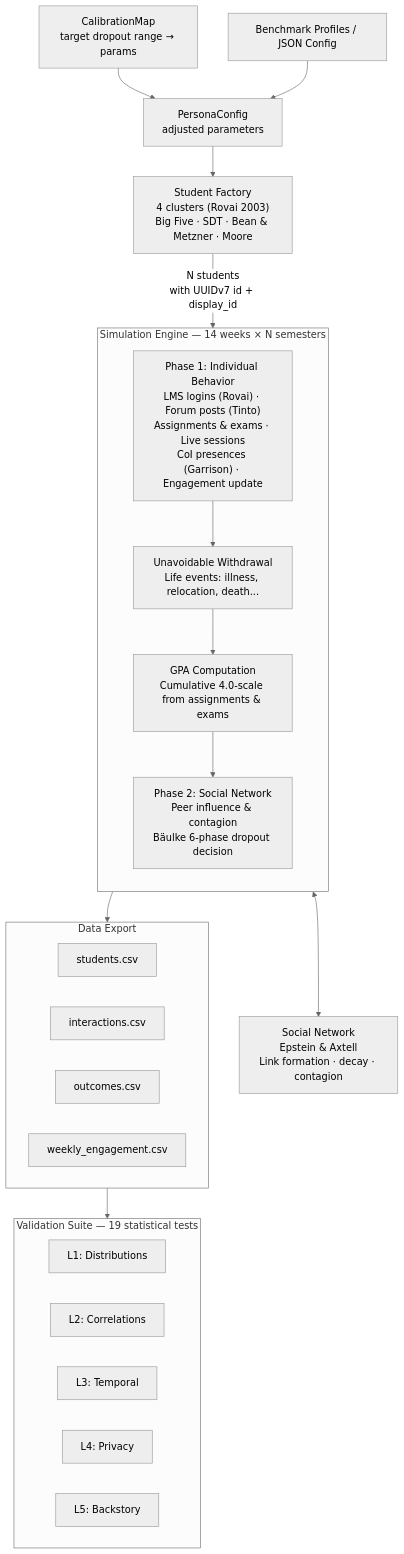
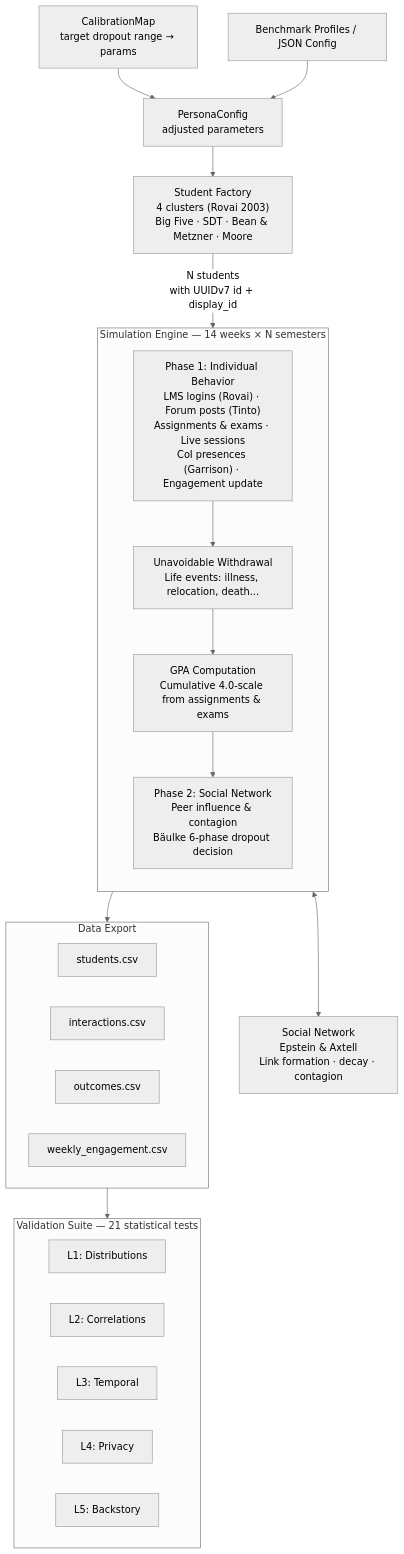
The diagram in README.md (theaiagent/SynthEd), drawn with Mermaid (neutral theme) before and after one commit. The commit also changed other lines of this file and 2 other files, not shown here.

First line of the commit message:
docs: update test counts (464, 21 validation tests) and fix CI smoke

````diff
--- a/README.md
+++ b/README.md
@@ -42,47 +42,47 @@
 ```mermaid
 flowchart TD
     CM["CalibrationMap\ntarget dropout range → params"]
     BP["Benchmark Profiles / JSON Config"]
     PC["PersonaConfig\nadjusted parameters"]
 
     CM --> PC
     BP --> PC
 
     SF["Student Factory\n4 clusters (Rovai 2003)\nBig Five · SDT · Bean & Metzner · Moore"]
     PC --> SF
 
     SF -->|"N students\nwith UUIDv7 id + display_id"| engine
 
     subgraph engine ["Simulation Engine — 14 weeks × N semesters"]
         direction TB
         P1["Phase 1: Individual Behavior\nLMS logins (Rovai) · Forum posts (Tinto)\nAssignments & exams · Live sessions\nCoI presences (Garrison) · Engagement update"]
         UW["Unavoidable Withdrawal\nLife events: illness, relocation, death..."]
         GPA["GPA Computation\nCumulative 4.0-scale from assignments & exams"]
         P2["Phase 2: Social Network\nPeer influence & contagion\nBäulke 6-phase dropout decision"]
         P1 --> UW --> GPA --> P2
     end
 
     SN["Social Network\nEpstein & Axtell\nLink formation · decay · contagion"]
     P2 <--> SN
 
     engine --> EX
 
     subgraph EX ["Data Export"]
         direction LR
         E1["students.csv"]
         E2["interactions.csv"]
         E3["outcomes.csv"]
         E4["weekly_engagement.csv"]
     end
 
     EX --> VAL
 
-    subgraph VAL ["Validation Suite — 19 statistical tests"]
+    subgraph VAL ["Validation Suite — 21 statistical tests"]
         direction LR
         V1["L1: Distributions"]
         V2["L2: Correlations"]
         V3["L3: Temporal"]
         V4["L4: Privacy"]
         V5["L5: Backstory"]
     end
 ```
````
